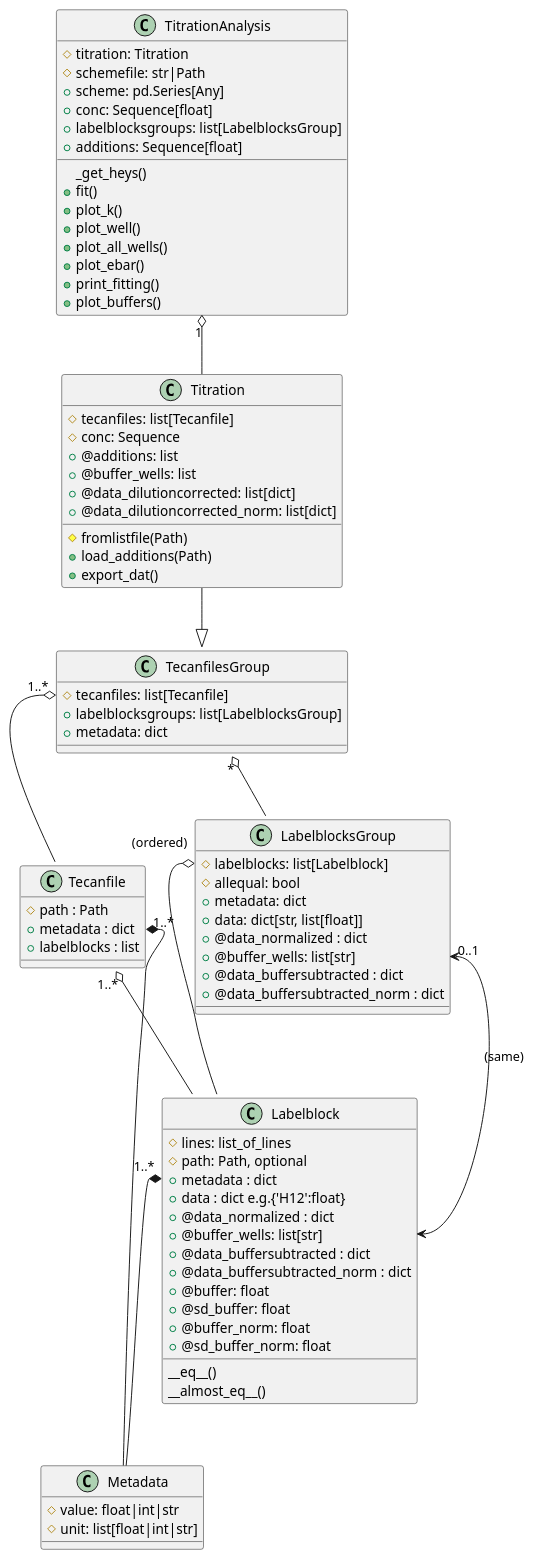
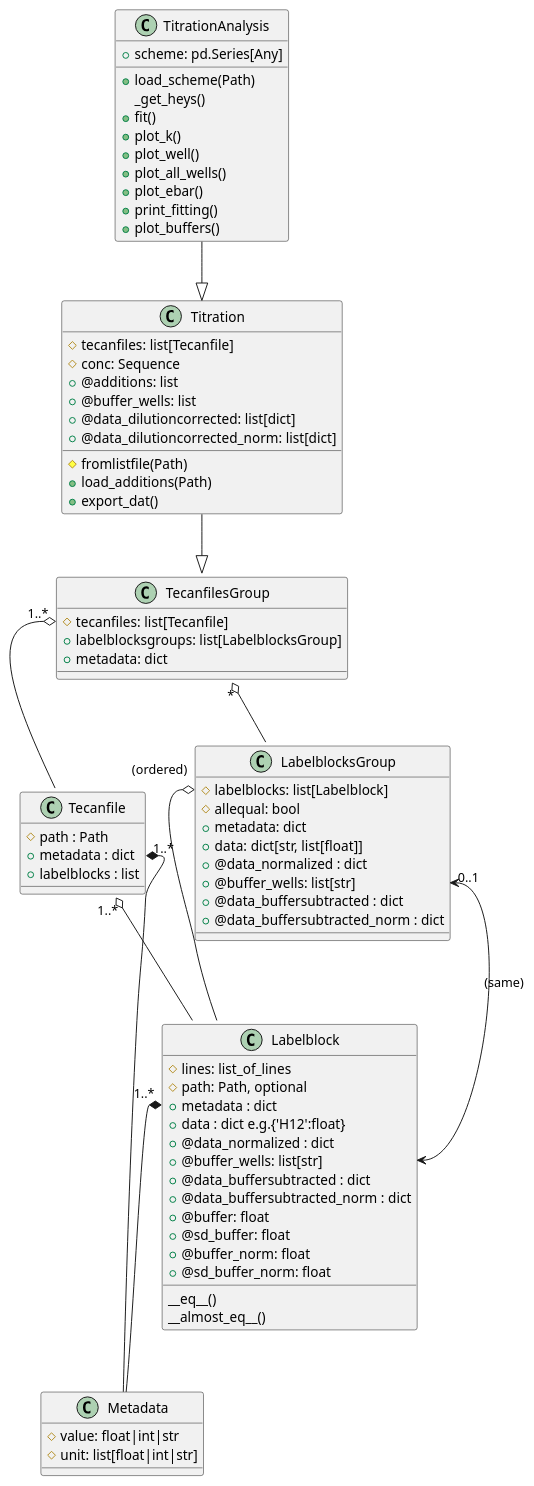
The diagram in docs/api/prtecan.uml.rst (darosio/ClopHfit), drawn with PlantUML before and after one commit. The commit also changed 3 other files, not shown here.

Commit message:
refactor: TitrationAnalysis derived from Titration

```diff
--- a/docs/api/prtecan.uml.rst
+++ b/docs/api/prtecan.uml.rst
@@ -70,12 +70,8 @@
    Titration --|> TecanfilesGroup
 
    class TitrationAnalysis{
-     #titration: Titration
-	 #schemefile: str|Path
 	 +scheme: pd.Series[Any]
-	 +conc: Sequence[float]
-	 +labelblocksgroups: list[LabelblocksGroup]
-	 +additions: Sequence[float]
+	 +load_scheme(Path)
 	 _get_heys()
 	 +fit()
 	 +plot_k()
@@ -86,4 +82,4 @@
 	 +plot_buffers()
    }
 
-   TitrationAnalysis "1" o-- Titration
+   TitrationAnalysis --|> Titration
```
